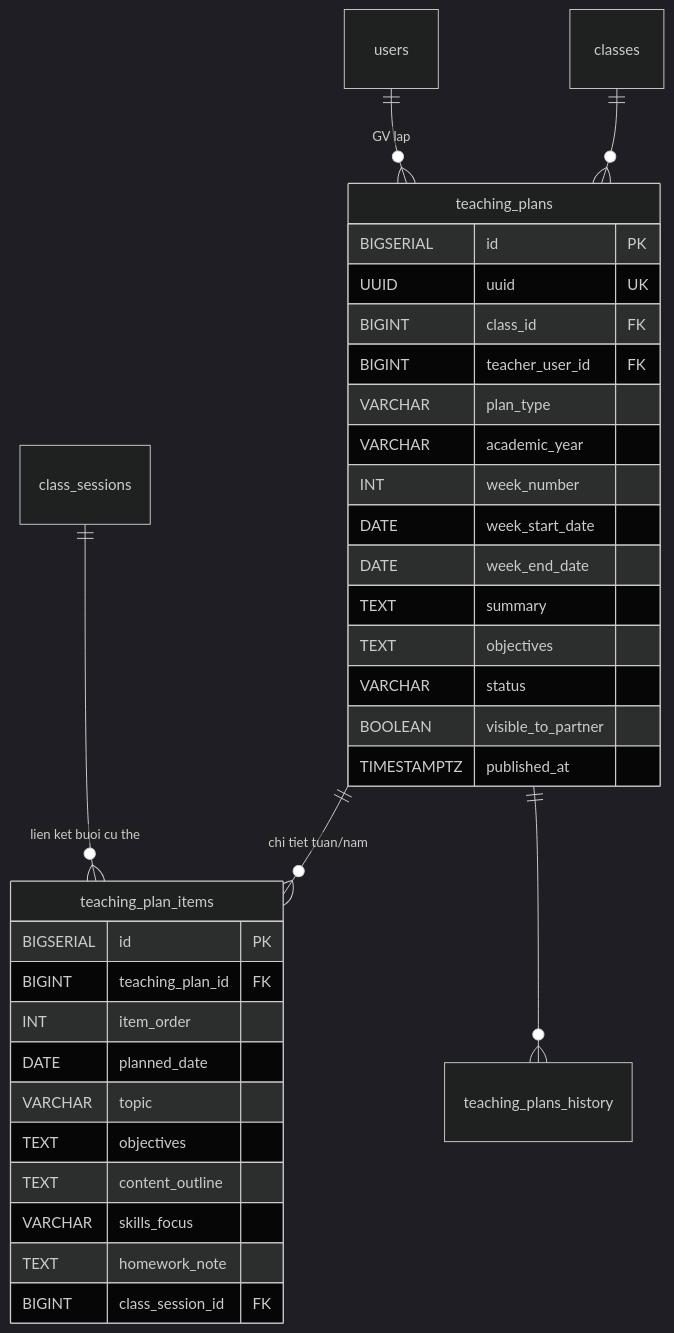
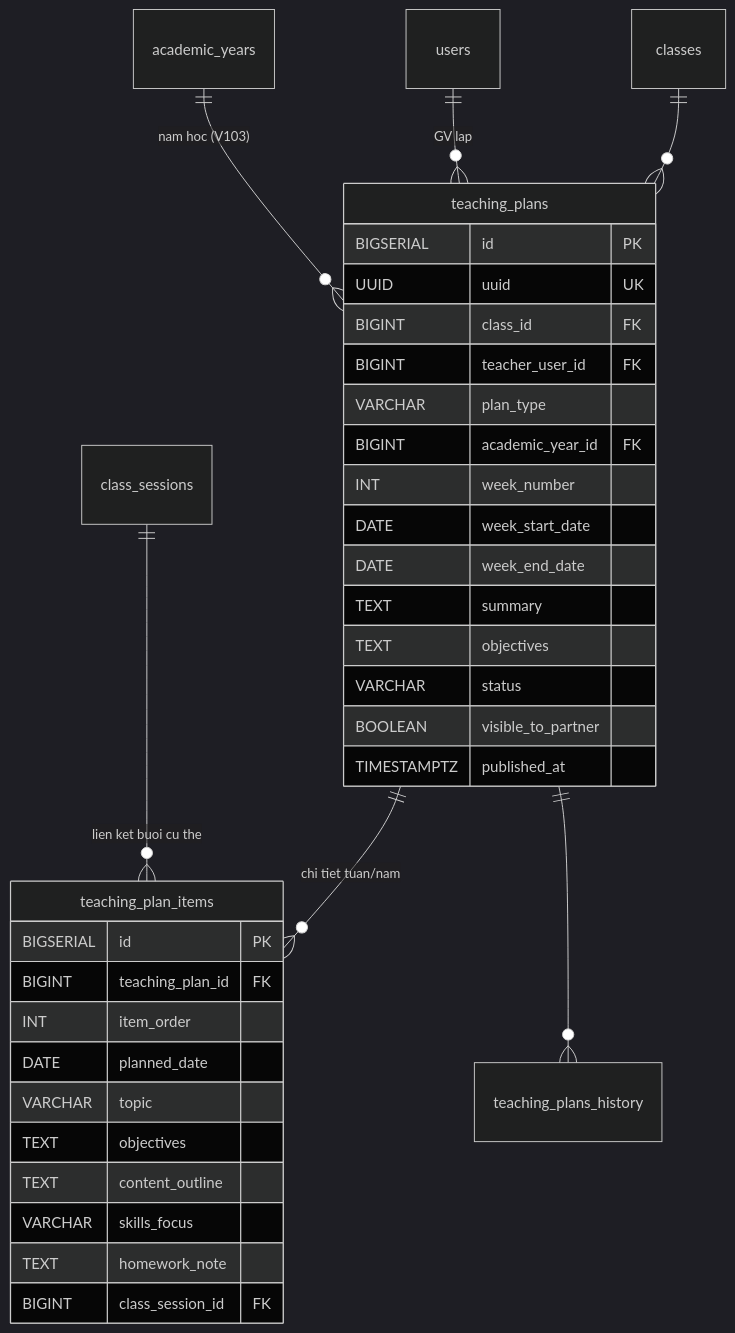
Before and after one commit to langtuananh2424/pps-education: the diagram in docs/diagrams/erd/ERD-Nhom8D-KeHoachGiangDay.mmd, drawn with Mermaid (dark theme). The commit also changed 19 other files, not shown here.

```diff
--- a/docs/diagrams/erd/ERD-Nhom8D-KeHoachGiangDay.mmd
+++ b/docs/diagrams/erd/ERD-Nhom8D-KeHoachGiangDay.mmd
@@ -1,36 +1,37 @@
 erDiagram
     classes ||--o{ teaching_plans : ""
     users ||--o{ teaching_plans : "GV lap"
     teaching_plans ||--o{ teaching_plan_items : "chi tiet tuan/nam"
     teaching_plans ||--o{ teaching_plans_history : ""
     class_sessions ||--o{ teaching_plan_items : "lien ket buoi cu the"
+    academic_years ||--o{ teaching_plans : "nam hoc (V103)"
 
     teaching_plans {
         BIGSERIAL id PK
         UUID uuid UK
         BIGINT class_id FK
         BIGINT teacher_user_id FK
         VARCHAR plan_type
-        VARCHAR academic_year
+        BIGINT academic_year_id FK
         INT week_number
         DATE week_start_date
         DATE week_end_date
         TEXT summary
         TEXT objectives
         VARCHAR status
         BOOLEAN visible_to_partner
         TIMESTAMPTZ published_at
     }
 
     teaching_plan_items {
         BIGSERIAL id PK
         BIGINT teaching_plan_id FK
         INT item_order
         DATE planned_date
         VARCHAR topic
         TEXT objectives
         TEXT content_outline
         VARCHAR skills_focus
         TEXT homework_note
         BIGINT class_session_id FK
     }
```
